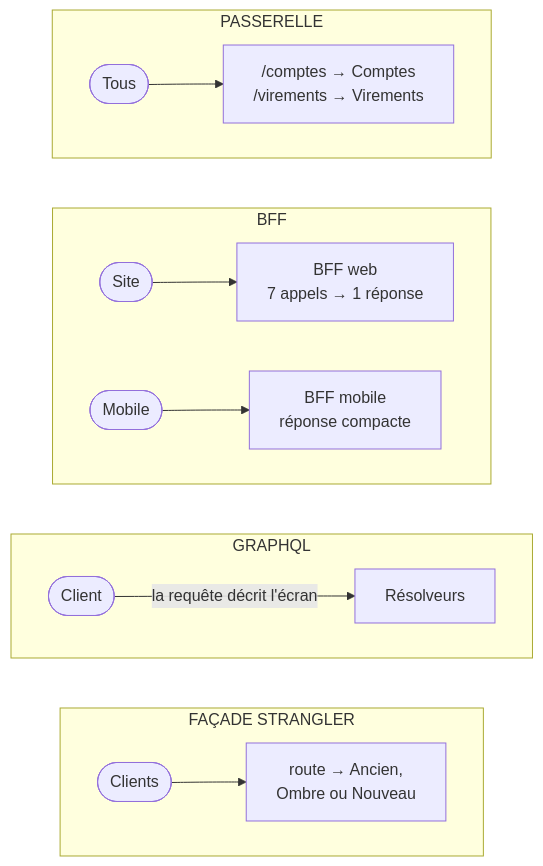
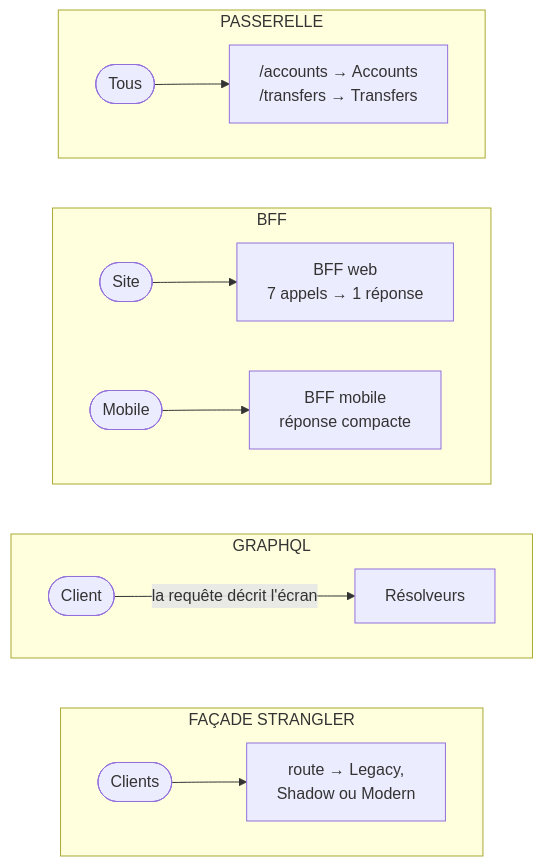
One commit to drangoht/ArchitecturesDemo changed the diagram in Docs/differences/17-passerelle-bff-graphql-strangler.md. Above: the diagram before and after it, drawn with Mermaid. The commit also changed other lines of this file and 70 other files, not shown here.

Commit message:
Docs FR : identifiants, liens, diagrammes et sorties alignés sur le code anglais

````diff
--- a/Docs/differences/17-passerelle-bff-graphql-strangler.md
+++ b/Docs/differences/17-passerelle-bff-graphql-strangler.md
@@ -39,21 +39,21 @@
 ```mermaid
 flowchart TB
     subgraph P["PASSERELLE"]
         direction LR
-        C1(["Tous"]) --> G["/comptes → Comptes<br/>/virements → Virements"]
+        C1(["Tous"]) --> G["/accounts → Accounts<br/>/transfers → Transfers"]
     end
     subgraph B["BFF"]
         direction LR
         C2(["Site"]) --> BW["BFF web<br/>7 appels → 1 réponse"]
         C3(["Mobile"]) --> BM["BFF mobile<br/>réponse compacte"]
     end
     subgraph Q["GRAPHQL"]
         direction LR
         C4(["Client"]) -->|"la requête décrit l'écran"| GQ["Résolveurs"]
     end
     subgraph F["FAÇADE STRANGLER"]
         direction LR
-        C5(["Clients"]) --> FA["route → Ancien,<br/>Ombre ou Nouveau"]
+        C5(["Clients"]) --> FA["route → Legacy,<br/>Shadow ou Modern"]
     end
     P ~~~ B ~~~ Q ~~~ F
 ```
````
